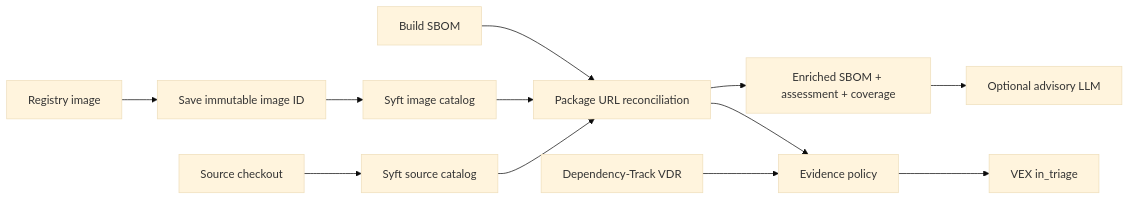
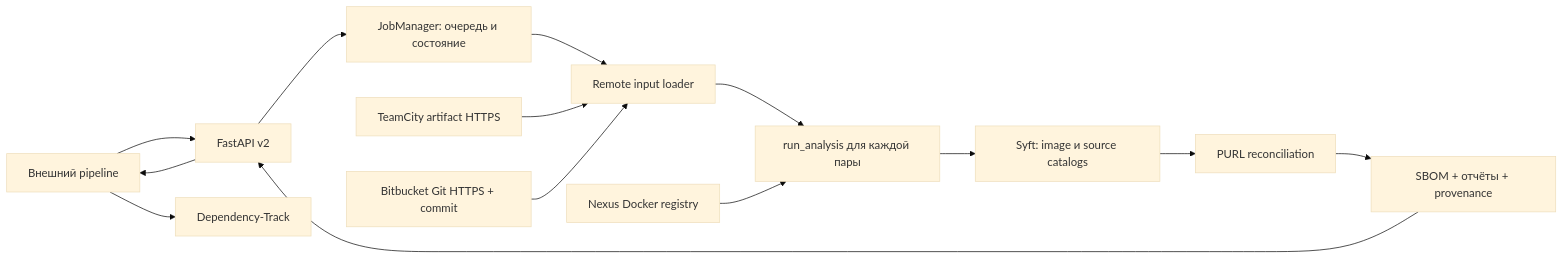
One commit to prince174/sca_accuracy_improvement changed the diagram in docs/architecture.md. Above: the diagram before and after it, drawn with Mermaid (base theme). The commit also changed other lines of this file and 16 other files, not shown here.

````diff
--- a/docs/architecture.md
+++ b/docs/architecture.md
@@ -3,14 +6,16 @@
 ```mermaid
 flowchart LR
-  B[Build SBOM] --> R[Package URL reconciliation]
-  I[Registry image] --> S[Save immutable image ID]
-  S --> C[Syft image catalog]
-  C --> R
-  G[Source checkout] --> D[Syft source catalog]
-  D --> R
-  R --> E[Enriched SBOM + assessment + coverage]
-  V[Dependency-Track VDR] --> P[Evidence policy]
-  R --> P
-  P --> X[VEX in_triage]
-  E --> L[Optional advisory LLM]
+  Client[Внешний pipeline] --> API[FastAPI v2]
+  API --> Jobs[JobManager: очередь и состояние]
+  Jobs --> Remote[Remote input loader]
+  TC[TeamCity artifact HTTPS] --> Remote
+  BB[Bitbucket Git HTTPS + commit] --> Remote
+  Remote --> Core[run_analysis для каждой пары]
+  Nexus[Nexus Docker registry] --> Core
+  Core --> Syft[Syft: image и source catalogs]
+  Syft --> Compare[PURL reconciliation]
+  Compare --> Files[SBOM + отчёты + provenance]
+  Files --> API
+  API --> Client
+  Client --> DT[Dependency-Track]
 ```
````
